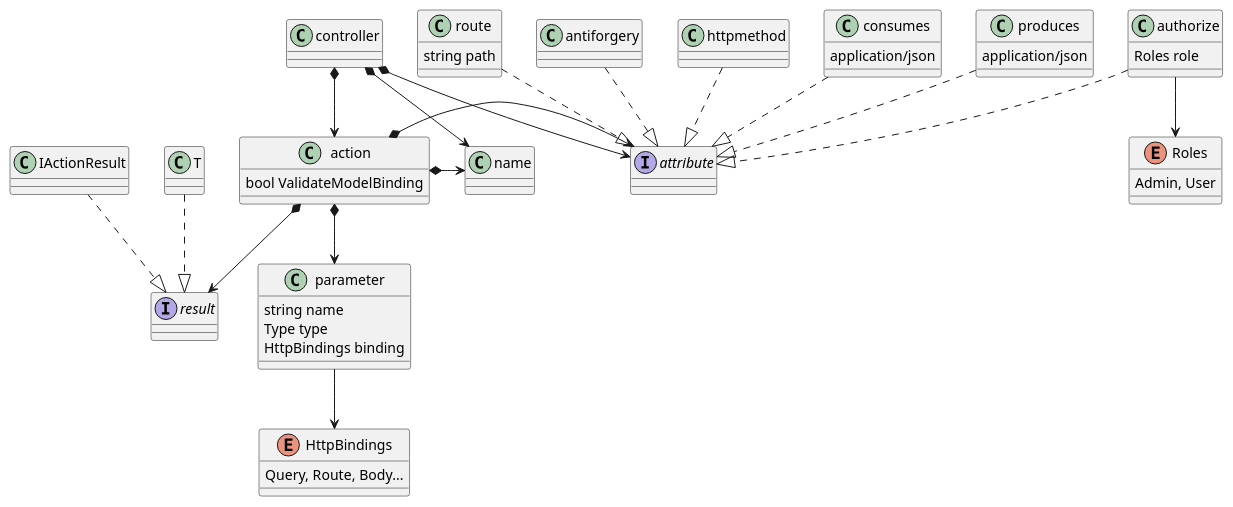
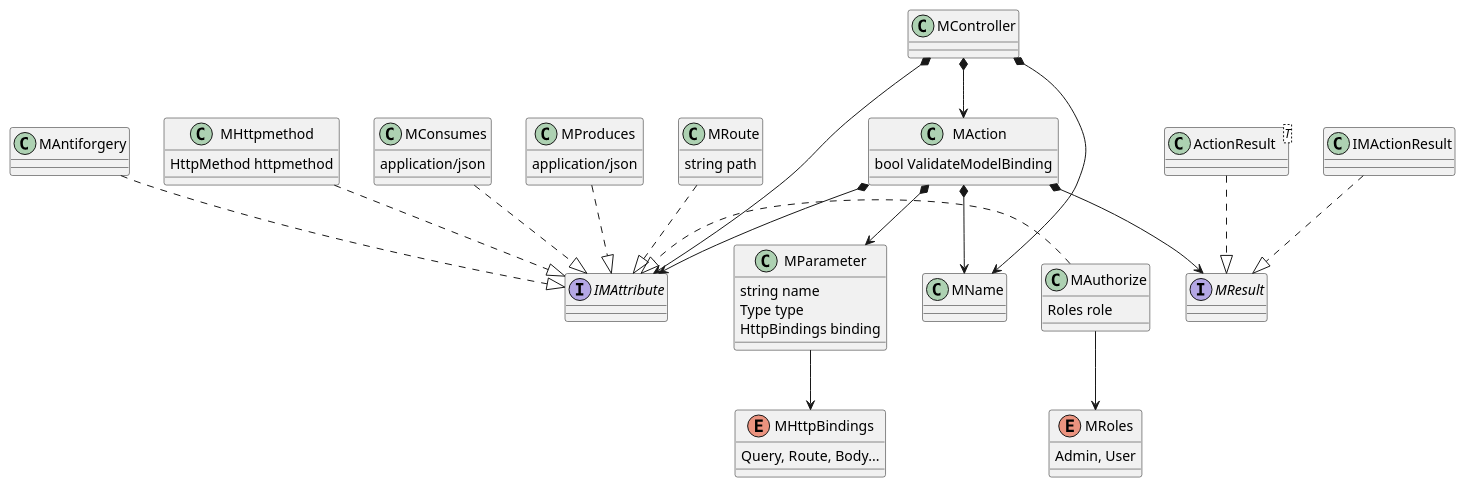
One commit to CRitterCode/DSLController_MModell changed the diagram in metamodelcontroller.puml. Above: the diagram before and after it, drawn with PlantUML. The commit also changed 7 other files, not shown here.

```diff
--- a/metamodelcontroller.puml
+++ b/metamodelcontroller.puml
@@ -1,71 +1,72 @@
 @startuml
 
-class controller{}
-class name{}
-interface attribute{}
-class parameter{
+class MController{}
+class MName{}
+interface IMAttribute{}
+class MParameter{
     string name
     Type type
     HttpBindings binding
 }
 
-class action{
+class MAction{
     bool ValidateModelBinding
 }
-class authorize{
+class MAuthorize{
     Roles role
 }
-class route{
+class MRoute{
     string path
 }
-interface result{}
-class antiforgery{
+interface MResult{}
+class MAntiforgery{
     
 }
-class httpmethod{
-    
+class MHttpmethod{
+    HttpMethod httpmethod
 }
-class IActionResult{}
-class T{}
+class "ActionResult<T>" as MActionResult {}
+class IMActionResult{}
 
-enum HttpBindings{
+enum MHttpBindings{
     Query, Route, Body...
 }
-enum Roles {
+enum MRoles {
     Admin, User
 }
-class consumes{
+class MConsumes{
     application/json
 }
-class produces{
+class MProduces{
     application/json
 }
 
 
-controller *--> action
-controller *--> attribute
-controller *--> name
 
-action *-> attribute
-action  *--> parameter
-action *--> result
-action *-> name
+MController *--> MAction
+MController *-> IMAttribute
+MController *--> MName
 
-antiforgery ..|> attribute
-authorize ..|> attribute
-httpmethod ..|> attribute
-consumes ..|> attribute
-produces ..|> attribute
-route ..|> attribute
+MAction *--> IMAttribute
+MAction  *--> MParameter
+MAction *--> MResult
+MAction *--> MName
 
-parameter --> HttpBindings
-authorize --> Roles
+MAntiforgery ..|> IMAttribute
+MAuthorize .|> IMAttribute
+MHttpmethod ..|> IMAttribute
+MConsumes ..|> IMAttribute
+MProduces ..|> IMAttribute
+MRoute ..|> IMAttribute
 
-T ..|> result
-IActionResult ..|> result
+MParameter --> MHttpBindings
+MAuthorize --> MRoles
+
+MActionResult ..|> MResult
+IMActionResult ..|> MResult
 
 
 
 
 
 @enduml
```
